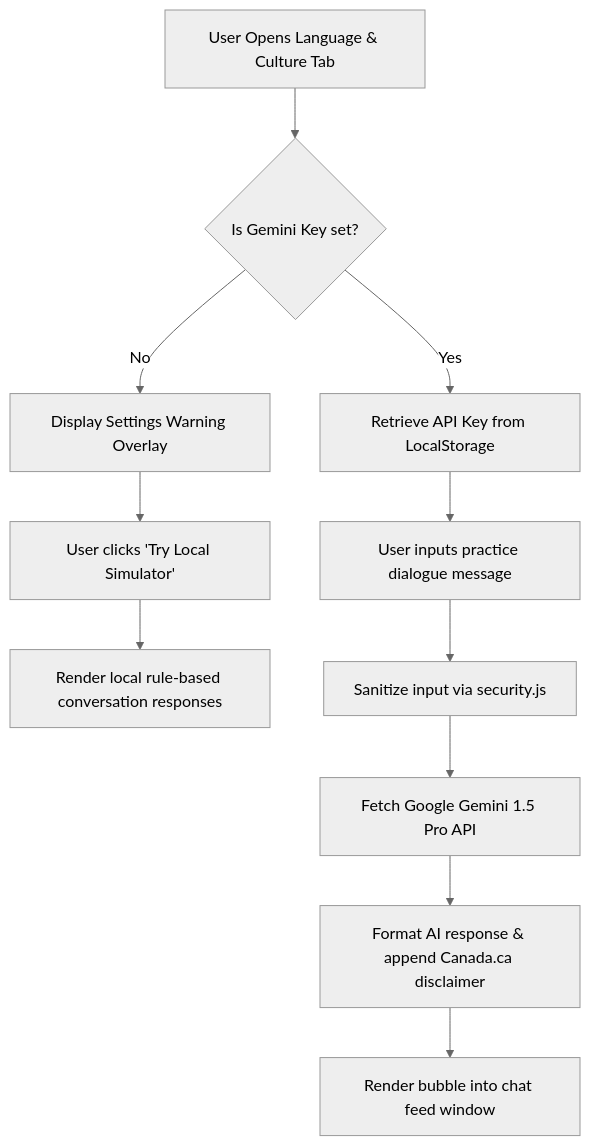
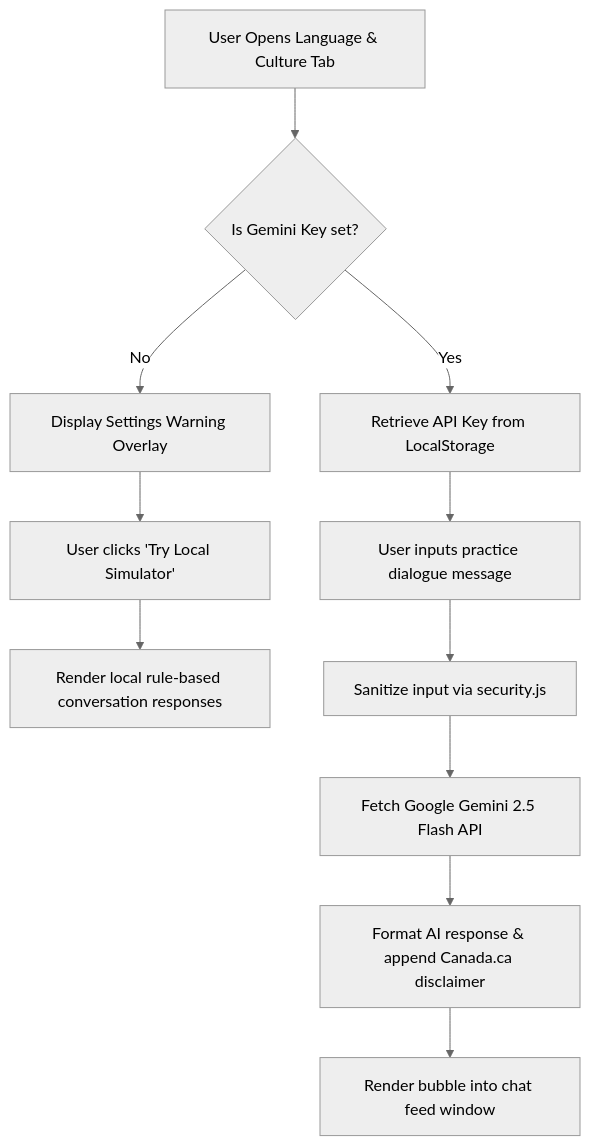
One commit to laharika15/Maple-AI-Guide changed the second of 3 diagrams in README.md. Above: the diagram before and after it, drawn with Mermaid (neutral theme). The commit also changed other lines of this file, not shown here.

Commit message:
docs: update model references to Gemini 2.5 Flash in README

````diff
--- a/README.md
+++ b/README.md
@@ -36,15 +36,15 @@
 ```mermaid
 flowchart TD
     Start[User Opens Language & Culture Tab] --> CheckAPI{Is Gemini Key set?}
     
     CheckAPI -- No --> ShowOverlay[Display Settings Warning Overlay]
     ShowOverlay --> RunDemo[User clicks 'Try Local Simulator']
     RunDemo --> RenderMock[Render local rule-based conversation responses]
     
     CheckAPI -- Yes --> LoadKey[Retrieve API Key from LocalStorage]
     LoadKey --> UserMsg[User inputs practice dialogue message]
     UserMsg --> Sanitize[Sanitize input via security.js]
-    Sanitize --> SendRequest[Fetch Google Gemini 1.5 Pro API]
+    Sanitize --> SendRequest[Fetch Google Gemini 2.5 Flash API]
     SendRequest --> RecieveReply[Format AI response & append Canada.ca disclaimer]
     RecieveReply --> RenderChat[Render bubble into chat feed window]
 ```
````
